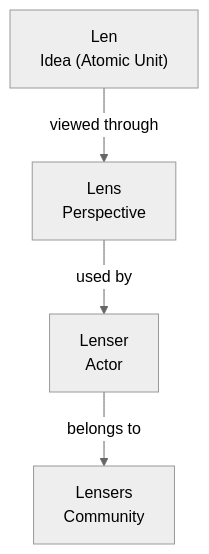
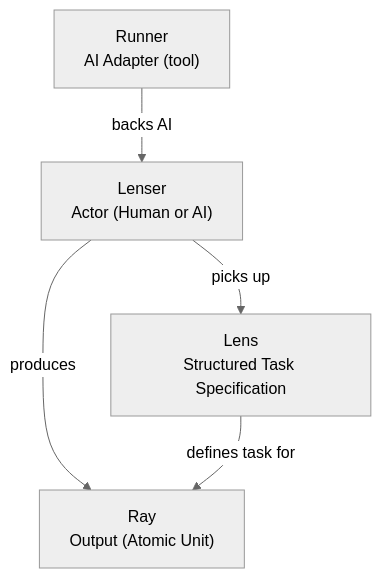
Before and after one commit to conectlens/lenserfight: the first of 3 diagrams in docs/explanations/concepts.md, drawn with Mermaid (neutral theme). The commit also changed other lines of this file and 218 other files, not shown here.

````diff
--- a/docs/explanations/concepts.md
+++ b/docs/explanations/concepts.md
@@ -26,19 +24,20 @@
 ```mermaid
 flowchart TD
 
-Len["Len
-Idea (Atomic Unit)"]
+Lens["Lens
+Structured Task Specification"]
 
-Lens["Lens
-Perspective"]
+Ray["Ray
+Output (Atomic Unit)"]
 
 Lenser["Lenser
-Actor"]
+Actor (Human or AI)"]
 
-Lensers["Lensers
-Community"]
+Runner["Runner
+AI Adapter (tool)"]
 
-Len -->|viewed through| Lens
-Lens -->|used by| Lenser
-Lenser -->|belongs to| Lensers
+Lenser -->|picks up| Lens
+Lenser -->|produces| Ray
+Lens -->|defines task for| Ray
+Runner -->|backs AI| Lenser
 ```
````
